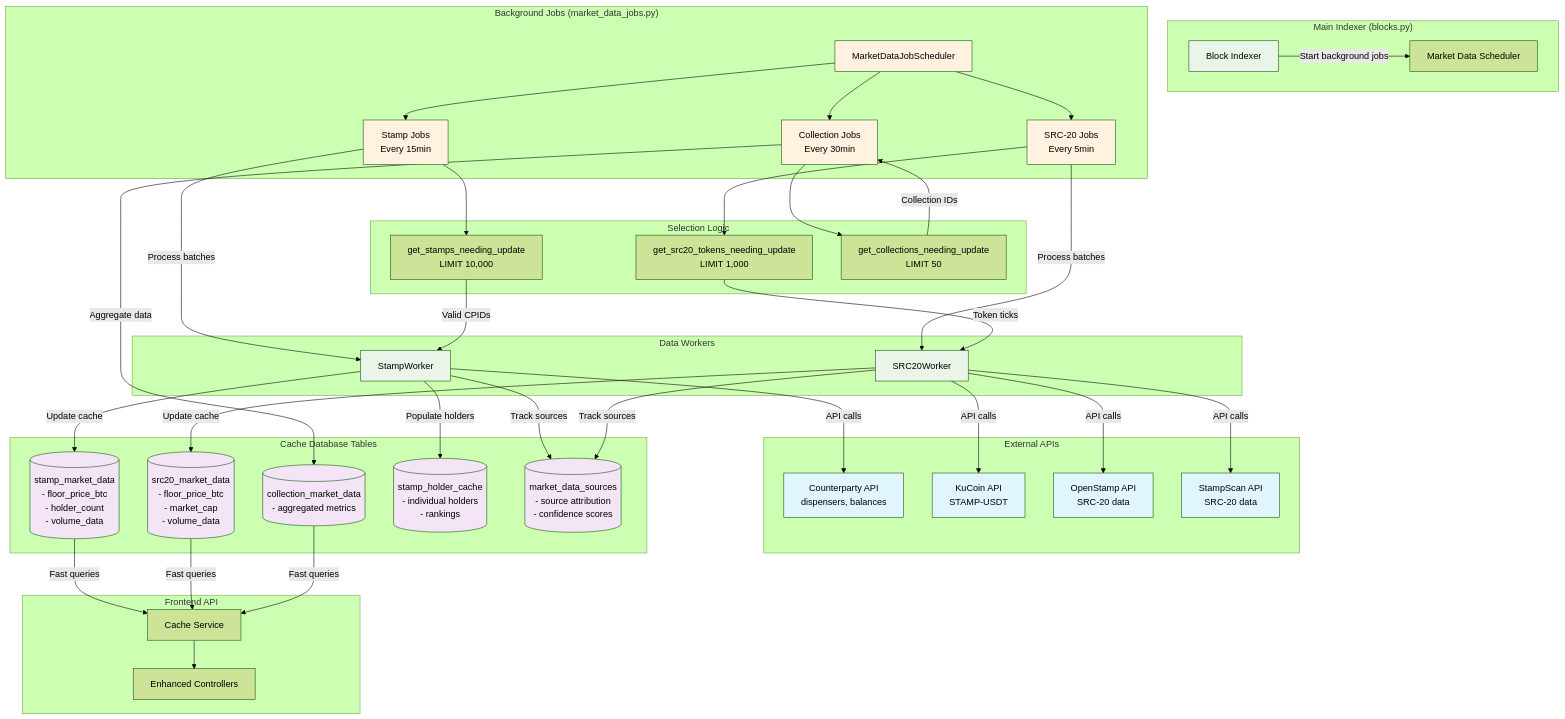
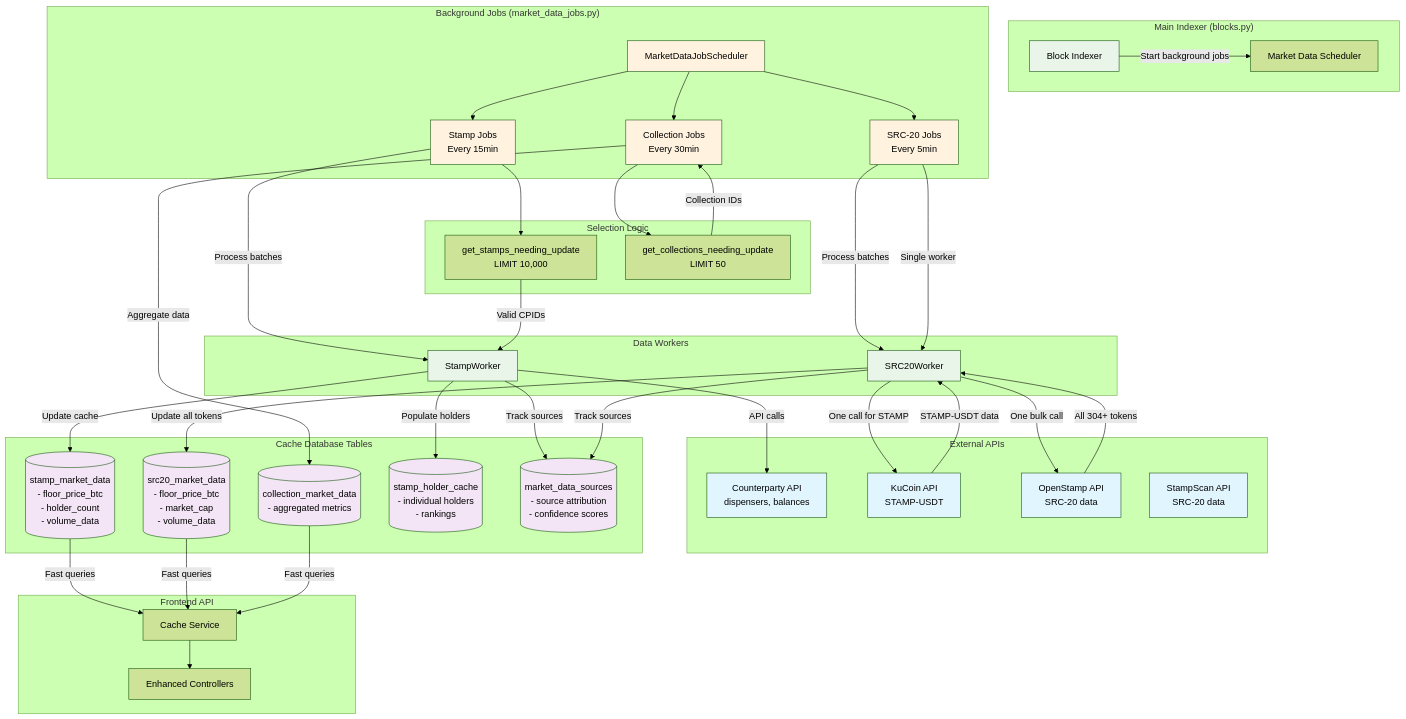
Before and after one commit to stampchain-io/btc_stamps: the diagram in docs/MARKET_DATA_ARCHITECTURE_DIAGRAMS.md, drawn with Mermaid (forest theme). The commit also changed 3 other files, not shown here.

First line of the commit message:
refactor(market-data): Optimize SRC-20 token processing and update documentation

```diff
--- a/docs/MARKET_DATA_ARCHITECTURE_DIAGRAMS.md
+++ b/docs/MARKET_DATA_ARCHITECTURE_DIAGRAMS.md
@@ -60,7 +60,6 @@
     %% Selection Queries
     subgraph "Selection Logic"
         GSU[get_stamps_needing_update<br/>LIMIT 10,000]
-        GSTU[get_src20_tokens_needing_update<br/>LIMIT 1,000]
         GCU[get_collections_needing_update<br/>LIMIT 50]
     end
 
@@ -71,12 +70,12 @@
     SW -->|Update cache| SMD
     SW -->|Populate holders| SHC
 
-    SRC20J --> GSTU
-    GSTU -->|Token ticks| SRC20W
-    SRC20W -->|API calls| KC
-    SRC20W -->|API calls| OS
-    SRC20W -->|API calls| SS
-    SRC20W -->|Update cache| SRC20MD
+    SRC20J -->|Single worker| SRC20W
+    SRC20W -->|One bulk call| OS
+    OS -->|All 304+ tokens| SRC20W
+    SRC20W -->|One call for STAMP| KC
+    KC -->|STAMP-USDT data| SRC20W
+    SRC20W -->|Update all tokens| SRC20MD
 
     CJ --> GCU
     GCU -->|Collection IDs| CJ
```
